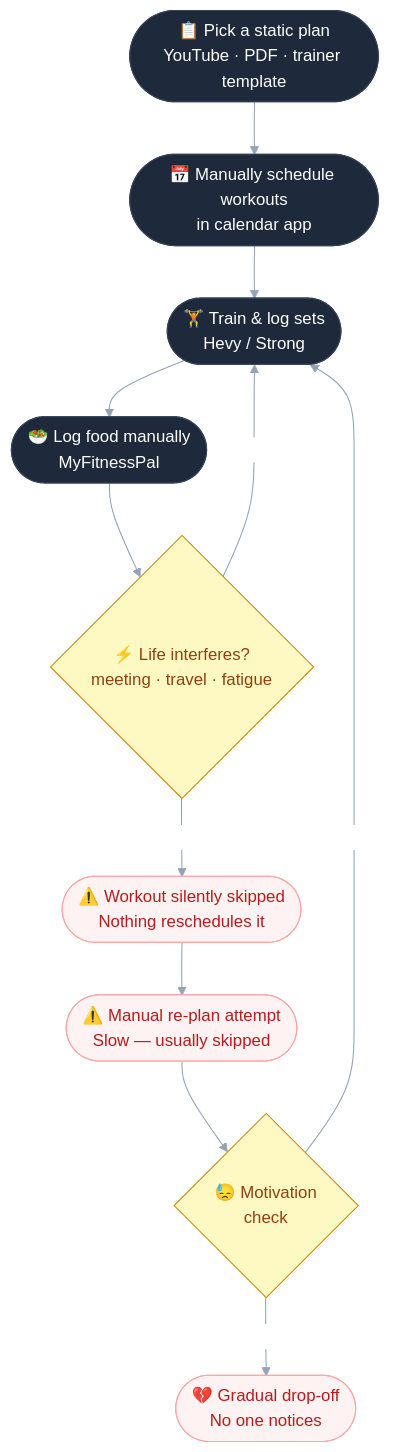
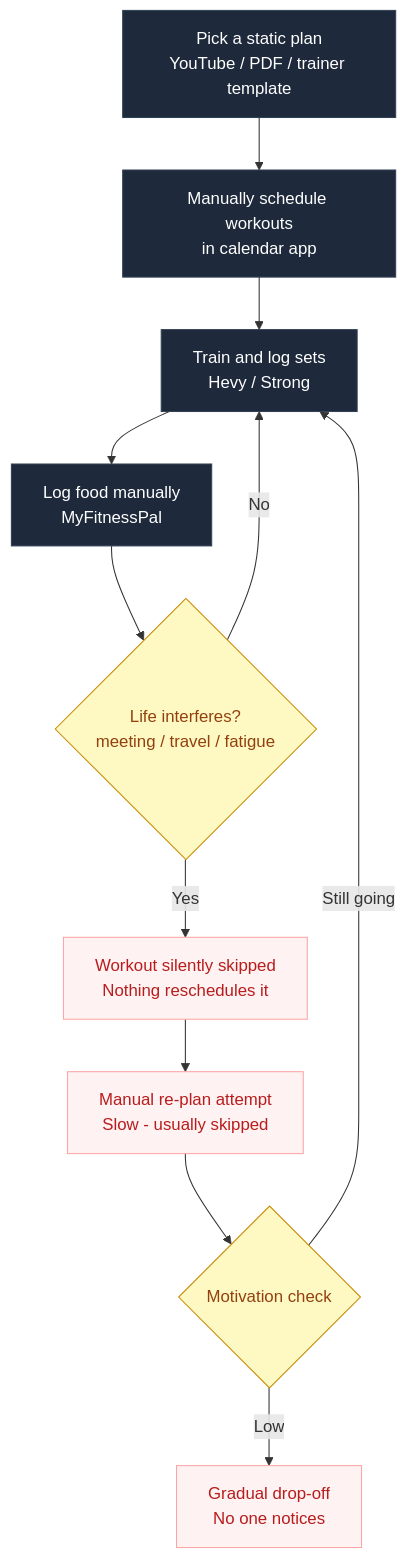
Before and after one commit to saurabhIU/SteadyFit: the first of 3 diagrams in PLAN.md, drawn with Mermaid. The commit also changed other lines of this file and 4 other files, not shown here.

Commit message:
updated mermaid diagrams

````diff
--- a/PLAN.md
+++ b/PLAN.md
@@ -39,47 +39,33 @@
 ```mermaid
-%%{init: {
-  "theme": "base",
-  "themeVariables": {
-    "primaryColor": "#1e293b",
-    "primaryTextColor": "#ffffff",
-    "primaryBorderColor": "#334155",
-    "lineColor": "#94a3b8",
-    "secondaryColor": "#f1f5f9",
-    "tertiaryColor": "#fef2f2",
-    "tertiaryTextColor": "#b91c1c",
-    "tertiaryBorderColor": "#fca5a5",
-    "background": "#f8fafc",
-    "nodeBorder": "#cbd5e1",
-    "clusterBkg": "#f1f5f9",
-    "titleColor": "#1e293b",
-    "edgeLabelBackground": "#ffffff",
-    "fontFamily": "system-ui, sans-serif"
-  }
-}}%%
 flowchart TD
-    A(["📋 Pick a static plan\nYouTube · PDF · trainer template"])
-    B(["📅 Manually schedule workouts\nin calendar app"])
-    C(["🏋️ Train & log sets\nHevy / Strong"])
-    D(["🥗 Log food manually\nMyFitnessPal"])
-    E{"⚡ Life interferes?\nmeeting · travel · fatigue"}
-    F(["⚠️ Workout silently skipped\nNothing reschedules it"])
-    G(["⚠️ Manual re-plan attempt\nSlow — usually skipped"])
-    H{"😓 Motivation\ncheck"}
-    I(["💔 Gradual drop-off\nNo one notices"])
+    A[Pick a static plan<br/>YouTube / PDF / trainer template]
+    B[Manually schedule workouts<br/>in calendar app]
+    C[Train and log sets<br/>Hevy / Strong]
+    D[Log food manually<br/>MyFitnessPal]
+    E{Life interferes?<br/>meeting / travel / fatigue}
+    F[Workout silently skipped<br/>Nothing reschedules it]
+    G[Manual re-plan attempt<br/>Slow - usually skipped]
+    H{Motivation check}
+    I[Gradual drop-off<br/>No one notices]
 
-    A --> B --> C --> D --> E
-    E -- No --> C
-    E -- Yes --> F --> G --> H
-    H -- "Still going" --> C
-    H -- Low --> I
+    A --> B
+    B --> C
+    C --> D
+    D --> E
+    E -->|No| C
+    E -->|Yes| F
+    F --> G
+    G --> H
+    H -->|Still going| C
+    H -->|Low| I
 
-    style A fill:#1e293b,color:#fff,stroke:#334155
-    style B fill:#1e293b,color:#fff,stroke:#334155
-    style C fill:#1e293b,color:#fff,stroke:#334155
-    style D fill:#1e293b,color:#fff,stroke:#334155
-    style E fill:#fef9c3,color:#92400e,stroke:#ca8a04
-    style H fill:#fef9c3,color:#92400e,stroke:#ca8a04
-    style F fill:#fef2f2,color:#b91c1c,stroke:#fca5a5
-    style G fill:#fef2f2,color:#b91c1c,stroke:#fca5a5
-    style I fill:#fef2f2,color:#b91c1c,stroke:#fca5a5
+    style A fill:#1e293b,stroke:#334155,color:#fff
+    style B fill:#1e293b,stroke:#334155,color:#fff
+    style C fill:#1e293b,stroke:#334155,color:#fff
+    style D fill:#1e293b,stroke:#334155,color:#fff
+    style E fill:#fef9c3,stroke:#ca8a04,color:#92400e
+    style H fill:#fef9c3,stroke:#ca8a04,color:#92400e
+    style F fill:#fef2f2,stroke:#fca5a5,color:#b91c1c
+    style G fill:#fef2f2,stroke:#fca5a5,color:#b91c1c
+    style I fill:#fef2f2,stroke:#fca5a5,color:#b91c1c
 ```
````
